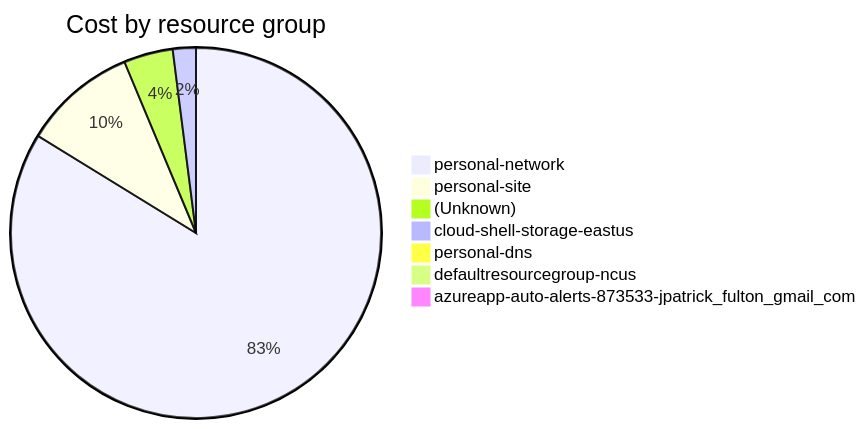
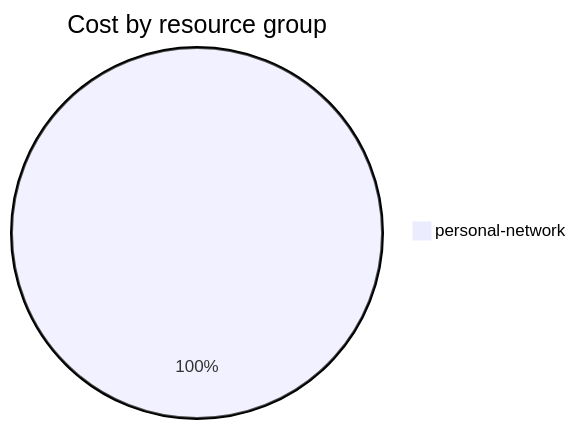
Before and after one commit to jpfulton/azure-personal-reports: the fourth of 4 diagrams in cost-reports/accumulated-cost.md, drawn with Mermaid. The commit also changed other lines of this file and 4 other files, not shown here.

````diff
--- a/cost-reports/accumulated-cost.md
+++ b/cost-reports/accumulated-cost.md
@@ -159,11 +119,5 @@
 ```mermaid
 pie
    title Cost by resource group
-   "personal-network" : 236.27
-   "personal-site" : 27.99
-   "(Unknown)" : 12.10
-   "cloud-shell-storage-eastus" : 5.68
-   "personal-dns" : 0.95
-   "defaultresourcegroup-ncus" : 0.00
-   "azureapp-auto-alerts-873533-jpatrick_fulton_gmail_com" : 0.00
+   "personal-network" : 0.09
 ```
````
